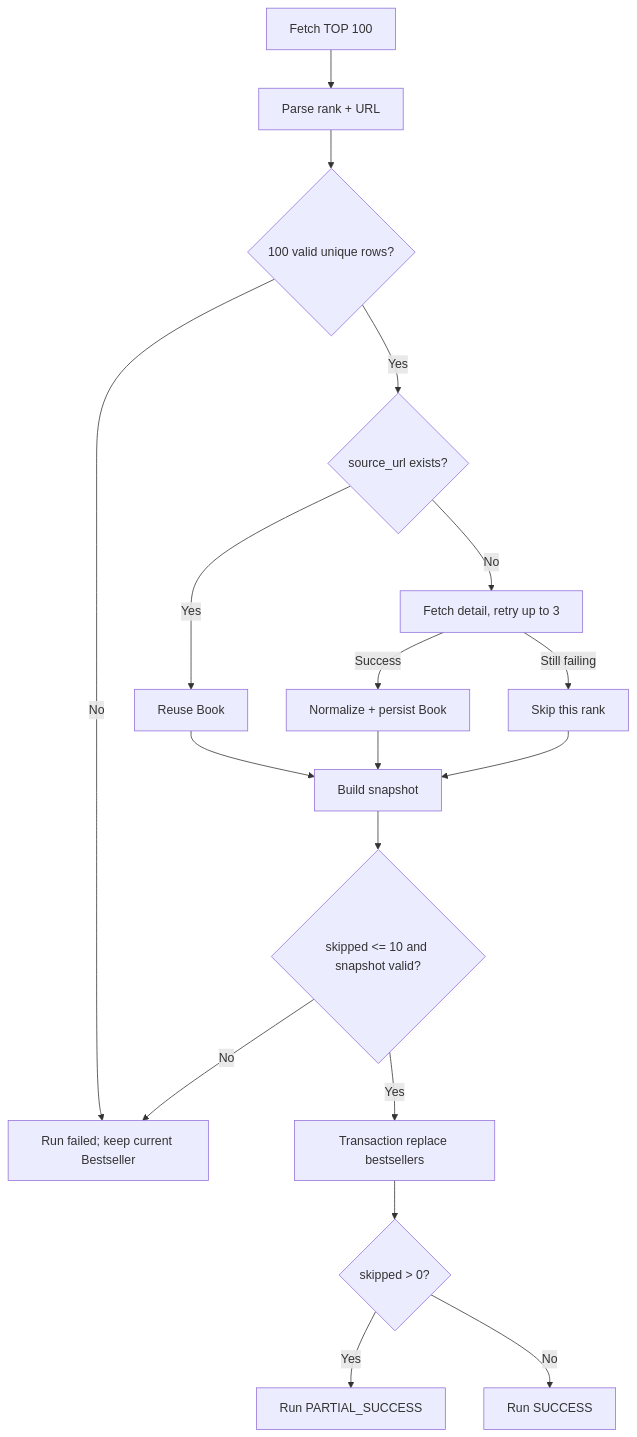
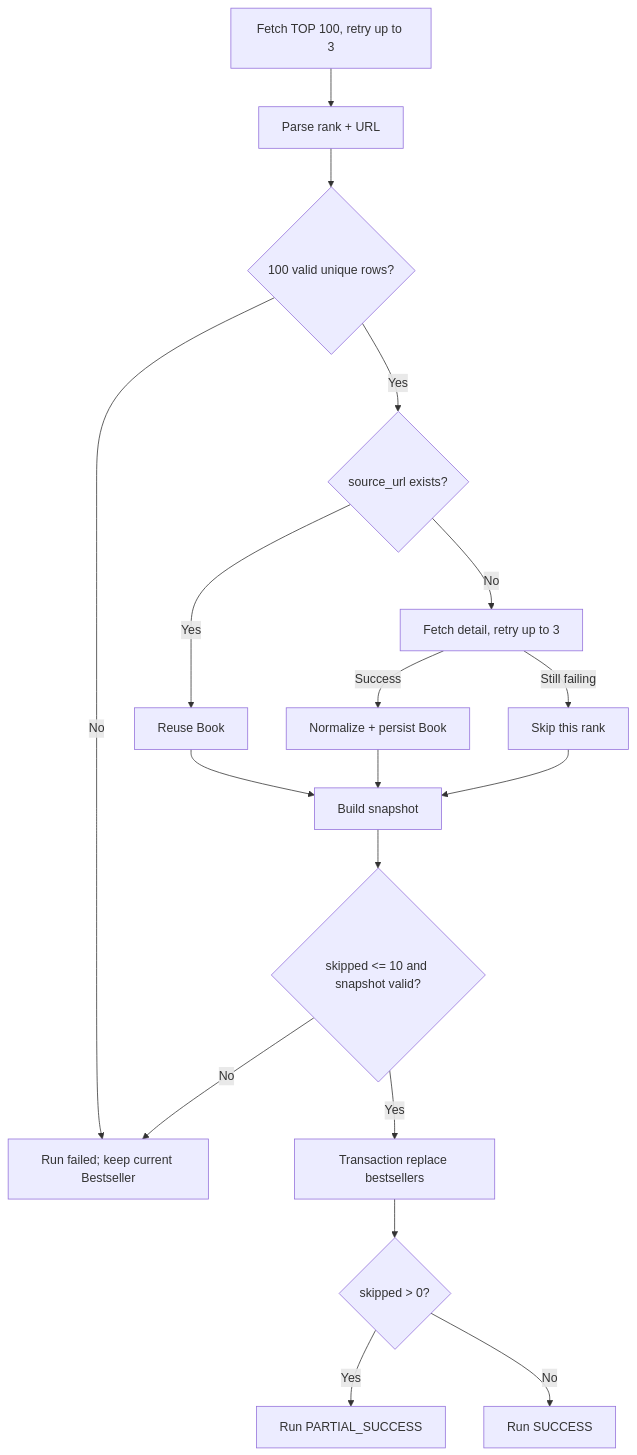
The diagram in Docs/modules/crawler.md (Arthur801/Book-Finder), drawn with Mermaid before and after one commit. The commit also changed other lines of this file and 12 other files, not shown here.

````diff
--- a/Docs/modules/crawler.md
+++ b/Docs/modules/crawler.md
@@ -36,20 +36,20 @@
 ```mermaid
 flowchart TD
-    A[Fetch TOP 100] --> B[Parse rank + URL]
+    A[Fetch TOP 100, retry up to 3] --> B[Parse rank + URL]
     B --> C{100 valid unique rows?}
     C -->|No| X[Run failed; keep current Bestseller]
     C -->|Yes| D{source_url exists?}
     D -->|Yes| E[Reuse Book]
     D -->|No| F[Fetch detail, retry up to 3]
     F -->|Success| G[Normalize + persist Book]
     F -->|Still failing| S[Skip this rank]
     E --> H[Build snapshot]
     G --> H
     S --> H
     H --> I{skipped <= 10 and snapshot valid?}
     I -->|No| X
     I -->|Yes| J[Transaction replace bestsellers]
     J --> K{skipped > 0?}
     K -->|Yes| P[Run PARTIAL_SUCCESS]
     K -->|No| Q[Run SUCCESS]
 ```
````
